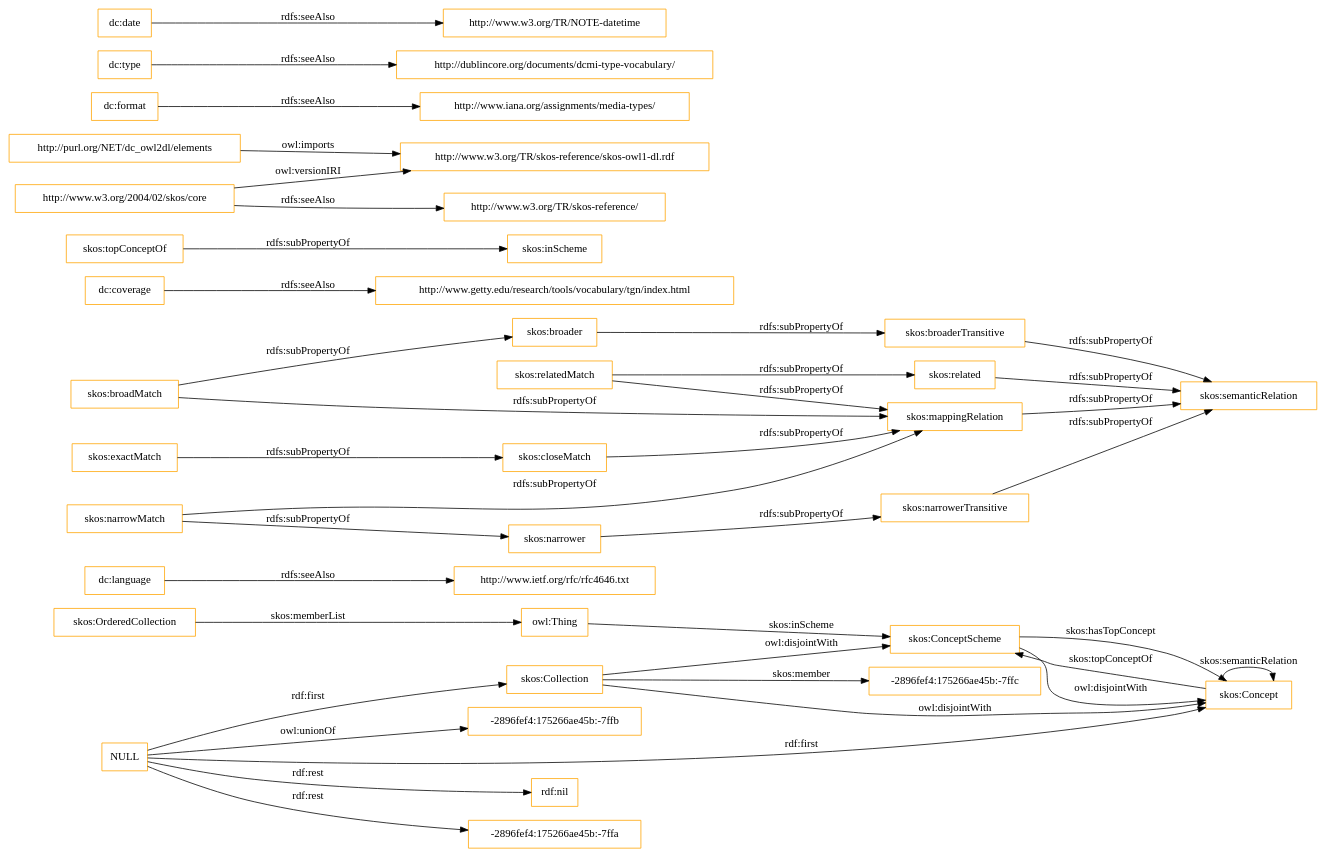
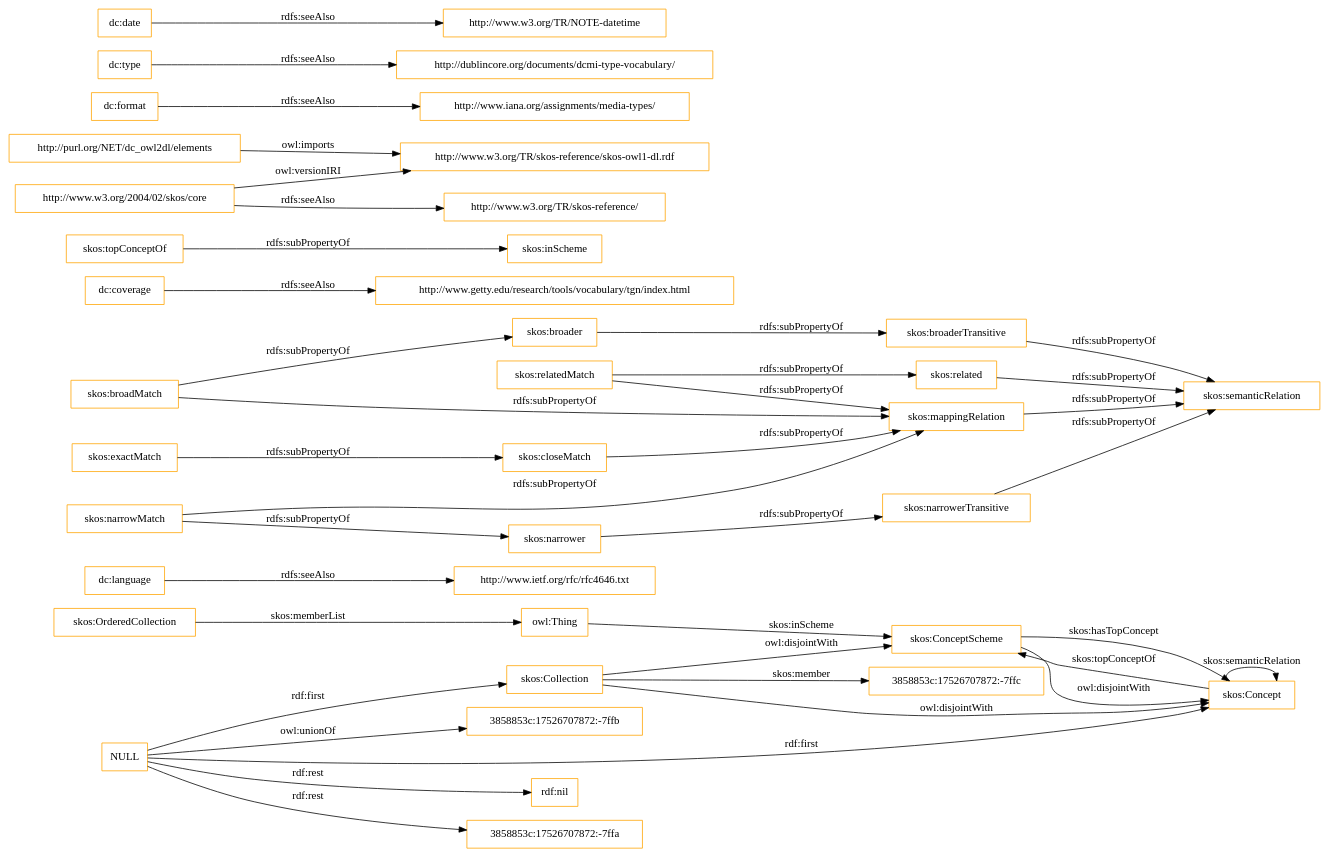
The diagram in OnToology/imports/elements.owl/diagrams/ar2dtool-class/elements.owl.png.dot (OnToologyUser/core-ontology-1), drawn with Graphviz before and after one commit. The commit also changed 14 other files, not shown here.

```diff
--- a/OnToology/imports/elements.owl/diagrams/ar2dtool-class/elements.owl.png.dot
+++ b/OnToology/imports/elements.owl/diagrams/ar2dtool-class/elements.owl.png.dot
@@ -1,43 +1,43 @@
 digraph ar2dtool_diagram { 
 rankdir=LR;
 size="1501"
-node [shape = rectangle, color="orange"]; "-2896fef4:175266ae45b:-7ffc" "skos:OrderedCollection" "skos:Collection" "skos:ConceptScheme" "skos:Concept" ; /*classes style*/
+node [shape = rectangle, color="orange"]; "3858853c:17526707872:-7ffc" "skos:OrderedCollection" "skos:Collection" "skos:ConceptScheme" "skos:Concept" ; /*classes style*/
 	"dc:language" -> "http://www.ietf.org/rfc/rfc4646.txt" [ label = "rdfs:seeAlso" ];
 	"NULL" -> "rdf:nil" [ label = "rdf:rest" ];
 	"NULL" -> "skos:Collection" [ label = "rdf:first" ];
-	"NULL" -> "-2896fef4:175266ae45b:-7ffa" [ label = "rdf:rest" ];
+	"NULL" -> "3858853c:17526707872:-7ffa" [ label = "rdf:rest" ];
 	"NULL" -> "skos:Concept" [ label = "rdf:first" ];
-	"NULL" -> "-2896fef4:175266ae45b:-7ffb" [ label = "owl:unionOf" ];
+	"NULL" -> "3858853c:17526707872:-7ffb" [ label = "owl:unionOf" ];
 	"skos:closeMatch" -> "skos:mappingRelation" [ label = "rdfs:subPropertyOf" ];
 	"dc:coverage" -> "http://www.getty.edu/research/tools/vocabulary/tgn/index.html" [ label = "rdfs:seeAlso" ];
 	"skos:relatedMatch" -> "skos:related" [ label = "rdfs:subPropertyOf" ];
 	"skos:relatedMatch" -> "skos:mappingRelation" [ label = "rdfs:subPropertyOf" ];
 	"skos:ConceptScheme" -> "skos:Concept" [ label = "owl:disjointWith" ];
 	"skos:related" -> "skos:semanticRelation" [ label = "rdfs:subPropertyOf" ];
 	"skos:topConceptOf" -> "skos:inScheme" [ label = "rdfs:subPropertyOf" ];
 	"skos:broadMatch" -> "skos:broader" [ label = "rdfs:subPropertyOf" ];
 	"skos:broadMatch" -> "skos:mappingRelation" [ label = "rdfs:subPropertyOf" ];
 	"http://purl.org/NET/dc_owl2dl/elements" -> "http://www.w3.org/TR/skos-reference/skos-owl1-dl.rdf" [ label = "owl:imports" ];
 	"skos:exactMatch" -> "skos:closeMatch" [ label = "rdfs:subPropertyOf" ];
 	"dc:format" -> "http://www.iana.org/assignments/media-types/" [ label = "rdfs:seeAlso" ];
 	"skos:broaderTransitive" -> "skos:semanticRelation" [ label = "rdfs:subPropertyOf" ];
 	"dc:type" -> "http://dublincore.org/documents/dcmi-type-vocabulary/" [ label = "rdfs:seeAlso" ];
 	"skos:broader" -> "skos:broaderTransitive" [ label = "rdfs:subPropertyOf" ];
 	"skos:mappingRelation" -> "skos:semanticRelation" [ label = "rdfs:subPropertyOf" ];
 	"http://www.w3.org/2004/02/skos/core" -> "http://www.w3.org/TR/skos-reference/skos-owl1-dl.rdf" [ label = "owl:versionIRI" ];
 	"http://www.w3.org/2004/02/skos/core" -> "http://www.w3.org/TR/skos-reference/" [ label = "rdfs:seeAlso" ];
 	"skos:Collection" -> "skos:ConceptScheme" [ label = "owl:disjointWith" ];
 	"skos:Collection" -> "skos:Concept" [ label = "owl:disjointWith" ];
 	"skos:narrowMatch" -> "skos:narrower" [ label = "rdfs:subPropertyOf" ];
 	"skos:narrowMatch" -> "skos:mappingRelation" [ label = "rdfs:subPropertyOf" ];
 	"skos:narrower" -> "skos:narrowerTransitive" [ label = "rdfs:subPropertyOf" ];
 	"dc:date" -> "http://www.w3.org/TR/NOTE-datetime" [ label = "rdfs:seeAlso" ];
 	"skos:narrowerTransitive" -> "skos:semanticRelation" [ label = "rdfs:subPropertyOf" ];
 	"skos:OrderedCollection" -> "owl:Thing" [ label = "skos:memberList" ];
 	"skos:Concept" -> "skos:ConceptScheme" [ label = "skos:topConceptOf" ];
 	"skos:Concept" -> "skos:Concept" [ label = "skos:semanticRelation" ];
-	"skos:Collection" -> "-2896fef4:175266ae45b:-7ffc" [ label = "skos:member" ];
+	"skos:Collection" -> "3858853c:17526707872:-7ffc" [ label = "skos:member" ];
 	"skos:ConceptScheme" -> "skos:Concept" [ label = "skos:hasTopConcept" ];
 	"owl:Thing" -> "skos:ConceptScheme" [ label = "skos:inScheme" ];
 
 }
```
